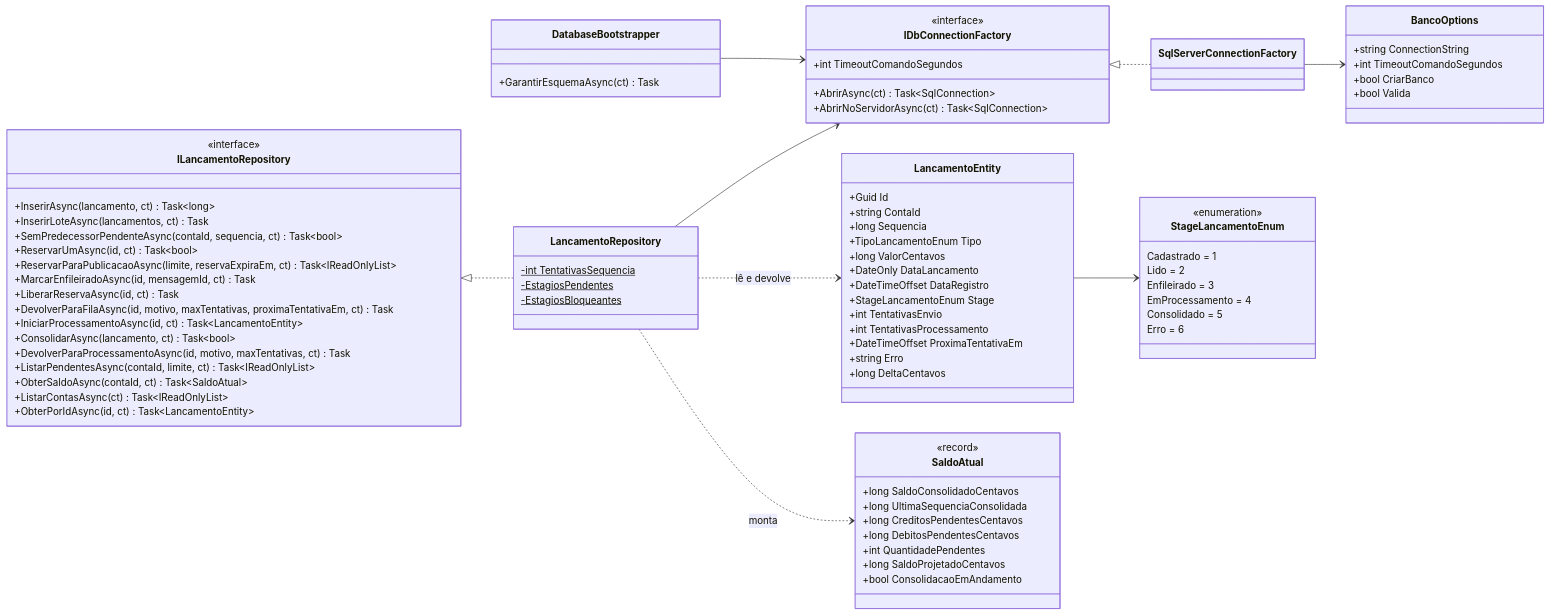
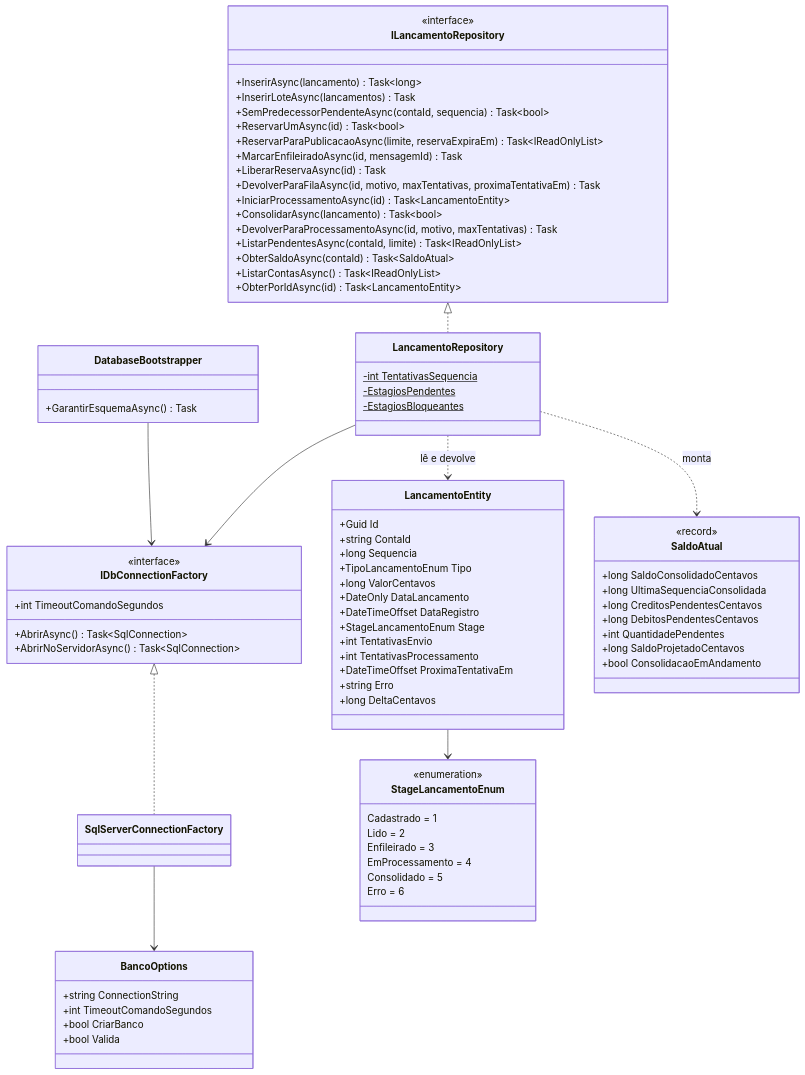
One commit to michellerodrigues/lancamentos-diarios-poc changed the tenth of 23 diagrams in docs/arquitetura/software/02-c4-componentes-e-codigo.md. Above: the diagram before and after it, drawn with Mermaid. The commit also changed other lines of this file and 45 other files, not shown here.

````diff
--- a/docs/arquitetura/software/02-c4-componentes-e-codigo.md
+++ b/docs/arquitetura/software/02-c4-componentes-e-codigo.md
@@ -369,23 +479,23 @@
 ```mermaid
 classDiagram
-    direction LR
+    direction TB
     class ILancamentoRepository {
         <<interface>>
-        +InserirAsync(lancamento, ct) Task~long~
-        +InserirLoteAsync(lancamentos, ct) Task
-        +SemPredecessorPendenteAsync(contaId, sequencia, ct) Task~bool~
-        +ReservarUmAsync(id, ct) Task~bool~
-        +ReservarParaPublicacaoAsync(limite, reservaExpiraEm, ct) Task~IReadOnlyList~
-        +MarcarEnfileiradoAsync(id, mensagemId, ct) Task
-        +LiberarReservaAsync(id, ct) Task
-        +DevolverParaFilaAsync(id, motivo, maxTentativas, proximaTentativaEm, ct) Task
-        +IniciarProcessamentoAsync(id, ct) Task~LancamentoEntity~
-        +ConsolidarAsync(lancamento, ct) Task~bool~
-        +DevolverParaProcessamentoAsync(id, motivo, maxTentativas, ct) Task
-        +ListarPendentesAsync(contaId, limite, ct) Task~IReadOnlyList~
-        +ObterSaldoAsync(contaId, ct) Task~SaldoAtual~
-        +ListarContasAsync(ct) Task~IReadOnlyList~
-        +ObterPorIdAsync(id, ct) Task~LancamentoEntity~
+        +InserirAsync(lancamento) Task~long~
+        +InserirLoteAsync(lancamentos) Task
+        +SemPredecessorPendenteAsync(contaId, sequencia) Task~bool~
+        +ReservarUmAsync(id) Task~bool~
+        +ReservarParaPublicacaoAsync(limite, reservaExpiraEm) Task~IReadOnlyList~
+        +MarcarEnfileiradoAsync(id, mensagemId) Task
+        +LiberarReservaAsync(id) Task
+        +DevolverParaFilaAsync(id, motivo, maxTentativas, proximaTentativaEm) Task
+        +IniciarProcessamentoAsync(id) Task~LancamentoEntity~
+        +ConsolidarAsync(lancamento) Task~bool~
+        +DevolverParaProcessamentoAsync(id, motivo, maxTentativas) Task
+        +ListarPendentesAsync(contaId, limite) Task~IReadOnlyList~
+        +ObterSaldoAsync(contaId) Task~SaldoAtual~
+        +ListarContasAsync() Task~IReadOnlyList~
+        +ObterPorIdAsync(id) Task~LancamentoEntity~
     }
     class LancamentoRepository {
         -int TentativasSequencia$
@@ -394,8 +504,8 @@
     }
     class IDbConnectionFactory {
         <<interface>>
-        +AbrirAsync(ct) Task~SqlConnection~
-        +AbrirNoServidorAsync(ct) Task~SqlConnection~
+        +AbrirAsync() Task~SqlConnection~
+        +AbrirNoServidorAsync() Task~SqlConnection~
         +int TimeoutComandoSegundos
     }
     class SqlServerConnectionFactory
@@ -440,7 +550,7 @@
         Erro = 6
     }
     class DatabaseBootstrapper {
-        +GarantirEsquemaAsync(ct) Task
+        +GarantirEsquemaAsync() Task
     }
 
     ILancamentoRepository <|.. LancamentoRepository
````
